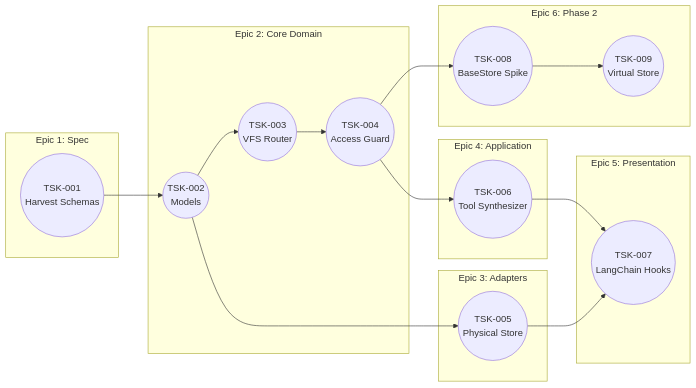
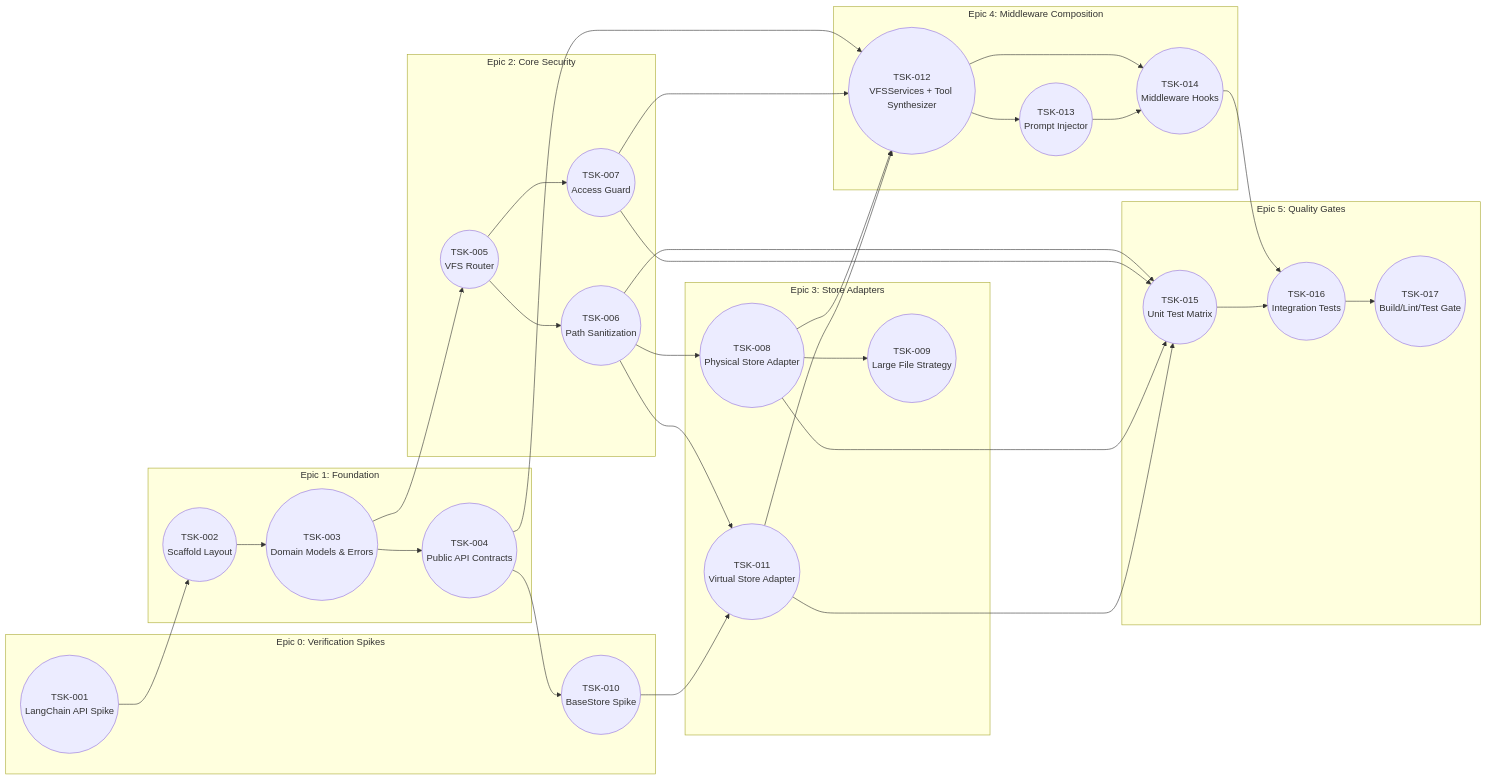
One commit to SkrOYC/langchain-middlewares-callbacks-ts changed the diagram in packages/workspaces-middleware/docs/Tasks.md. Above: the diagram before and after it, drawn with Mermaid. The commit also changed other lines of this file, not shown here.

Commit message:
docs: rewrite Tasks execution plan for updated TechSpec

````diff
--- a/packages/workspaces-middleware/docs/Tasks.md
+++ b/packages/workspaces-middleware/docs/Tasks.md
@@ -13,40 +13,70 @@
 ```mermaid
 flowchart LR
-    subgraph Epic 1: Spec
-    T1((TSK-001<br/>Harvest Schemas))
+    subgraph Epic 0: Verification Spikes
+      T1((TSK-001<br/>LangChain API Spike))
+      T10((TSK-010<br/>BaseStore Spike))
     end
 
-    subgraph Epic 2: Core Domain
-    T2((TSK-002<br/>Models))
-    T3((TSK-003<br/>VFS Router))
-    T4((TSK-004<br/>Access Guard))
+    subgraph Epic 1: Foundation
+      T2((TSK-002<br/>Scaffold Layout))
+      T3((TSK-003<br/>Domain Models & Errors))
+      T4((TSK-004<br/>Public API Contracts))
     end
 
-    subgraph Epic 3: Adapters
-    T5((TSK-005<br/>Physical Store))
+    subgraph Epic 2: Core Security
+      T5((TSK-005<br/>VFS Router))
+      T6((TSK-006<br/>Path Sanitization))
+      T7((TSK-007<br/>Access Guard))
     end
 
-    subgraph Epic 4: Application
-    T6((TSK-006<br/>Tool Synthesizer))
+    subgraph Epic 3: Store Adapters
+      T8((TSK-008<br/>Physical Store Adapter))
+      T9((TSK-009<br/>Large File Strategy))
+      T11((TSK-011<br/>Virtual Store Adapter))
     end
 
-    subgraph Epic 5: Presentation
-    T7((TSK-007<br/>LangChain Hooks))
+    subgraph Epic 4: Middleware Composition
+      T12((TSK-012<br/>VFSServices + Tool Synthesizer))
+      T13((TSK-013<br/>Prompt Injector))
+      T14((TSK-014<br/>Middleware Hooks))
     end
 
-    subgraph Epic 6: Phase 2
-    T8((TSK-008<br/>BaseStore Spike))
-    T9((TSK-009<br/>Virtual Store))
+    subgraph Epic 5: Quality Gates
+      T15((TSK-015<br/>Unit Test Matrix))
+      T16((TSK-016<br/>Integration Tests))
+      T17((TSK-017<br/>Build/Lint/Test Gate))
     end
 
     T1 --> T2
     T2 --> T3
     T3 --> T4
-    T2 --> T5
-    T4 --> T6
+
+    T3 --> T5
+    T5 --> T6
     T5 --> T7
-    T6 --> T7
-    
-    T4 --> T8
+
+    T6 --> T8
     T8 --> T9
+
+    T4 --> T10
+    T6 --> T11
+    T10 --> T11
+
+    T4 --> T12
+    T7 --> T12
+    T8 --> T12
+    T11 --> T12
+
+    T12 --> T13
+    T12 --> T14
+    T13 --> T14
+
+    T6 --> T15
+    T7 --> T15
+    T8 --> T15
+    T11 --> T15
+
+    T14 --> T16
+    T15 --> T16
+    T16 --> T17
 ```
````
